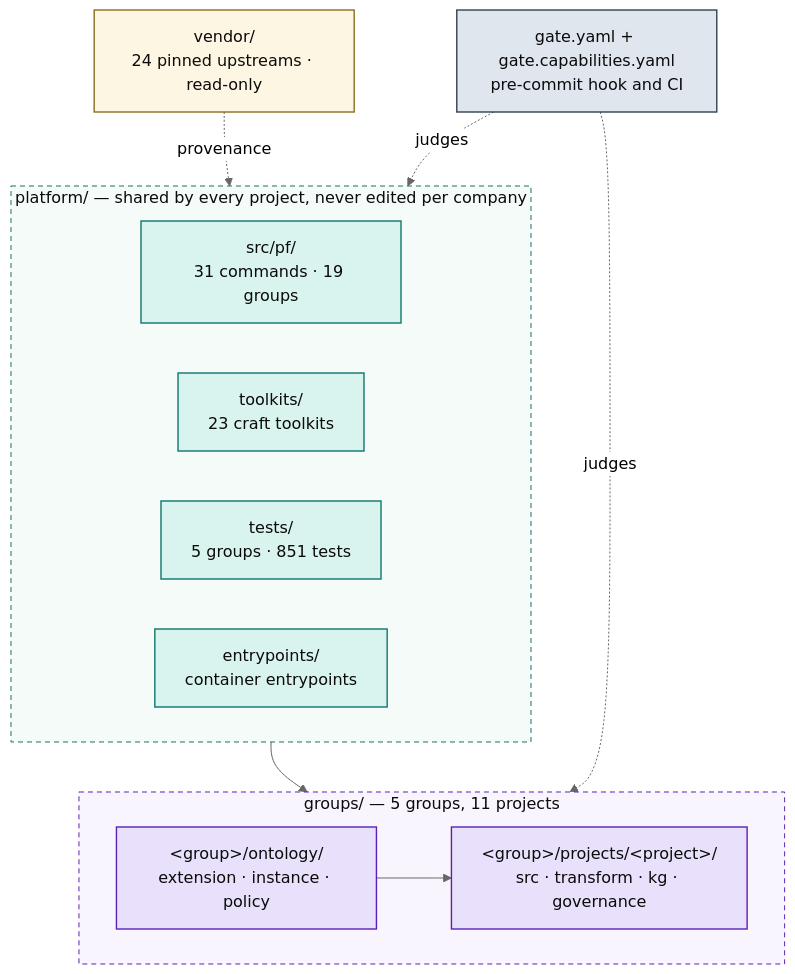
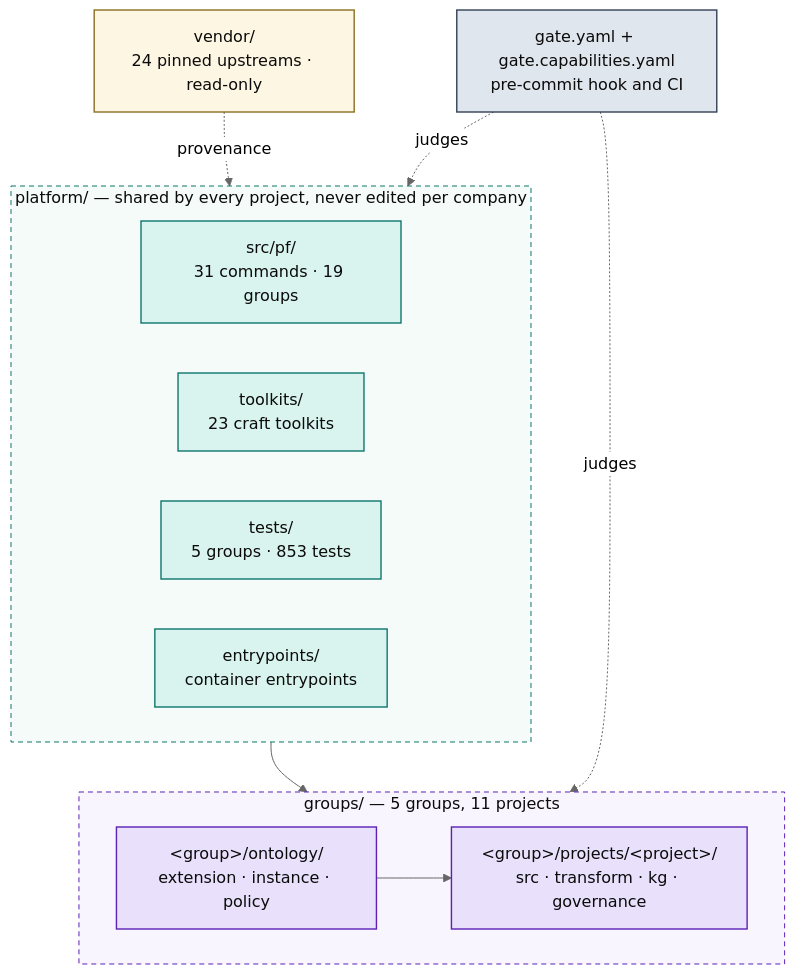
One commit to Atomz-org/data-platform changed the first of 5 diagrams in docs/ARCHITECTURE.md. Above: the diagram before and after it, drawn with Mermaid (neutral theme). The commit also changed other lines of this file and 4 other files, not shown here.

````diff
--- a/docs/ARCHITECTURE.md
+++ b/docs/ARCHITECTURE.md
@@ -15,36 +15,36 @@
 ```mermaid
 flowchart TB
   subgraph SHARED["platform/ — shared by every project, never edited per company"]
     direction LR
     ENG["src/pf/<br/>31 commands · 19 groups"]
     TK["toolkits/<br/>23 craft toolkits"]
-    TST["tests/<br/>5 groups · 851 tests"]
+    TST["tests/<br/>5 groups · 853 tests"]
     ENT["entrypoints/<br/>container entrypoints"]
   end
 
   subgraph ENTITIES["groups/ — 5 groups, 11 projects"]
     direction LR
     GRP["&lt;group&gt;/ontology/<br/>extension · instance · policy"]
     PRJ["&lt;group&gt;/projects/&lt;project&gt;/<br/>src · transform · kg · governance"]
     GRP --> PRJ
   end
 
   VEN["vendor/<br/>24 pinned upstreams · read-only"]
   GATE["gate.yaml + gate.capabilities.yaml<br/>pre-commit hook and CI"]
 
   SHARED --> ENTITIES
   VEN -.provenance.-> SHARED
   GATE -.judges.-> ENTITIES
   GATE -.judges.-> SHARED
 
   classDef code fill:#d9f4ee,stroke:#0f766e,stroke-width:1.4px,color:#0b0b0b
   classDef data fill:#e9e1fb,stroke:#5b21b6,stroke-width:1.4px,color:#0b0b0b
   classDef gov fill:#e0e6ed,stroke:#334155,stroke-width:1.4px,color:#0b0b0b
   classDef ext fill:#fdf6e3,stroke:#8a6d1f,stroke-width:1.4px,color:#0b0b0b
   class ENG,TK,TST,ENT code
   class GRP,PRJ data
   class GATE gov
   class VEN ext
   style SHARED fill:#f4fbf9,stroke:#0f766e,stroke-dasharray:5 4,color:#0b0b0b
   style ENTITIES fill:#f8f5fe,stroke:#5b21b6,stroke-dasharray:5 4,color:#0b0b0b
 ```
````
